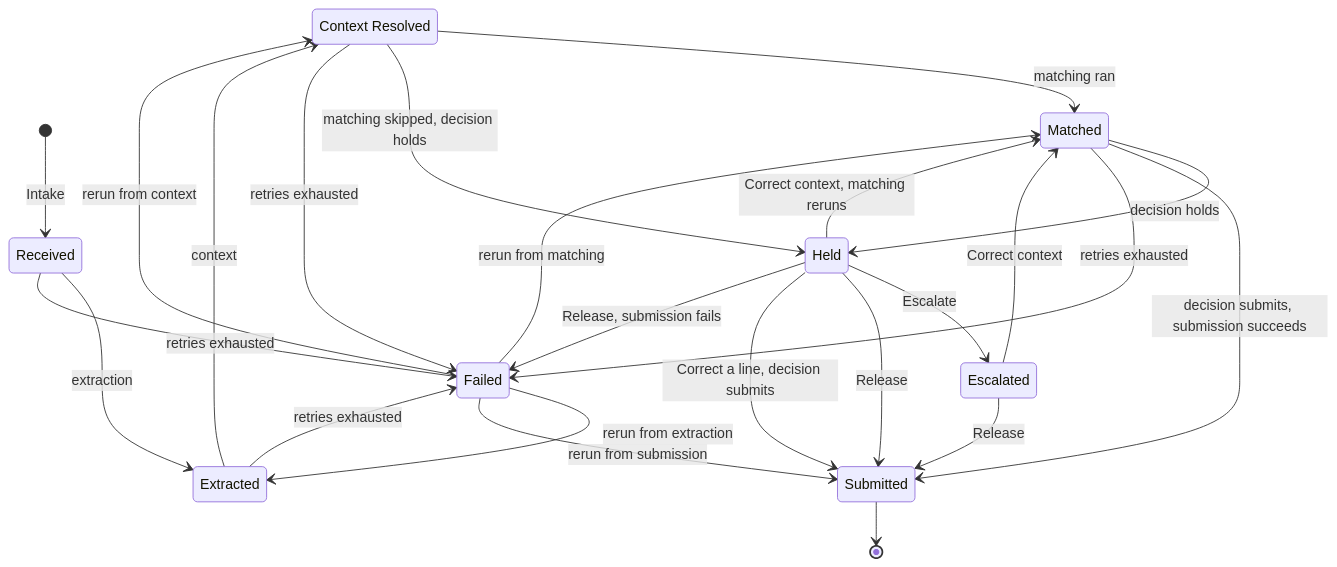
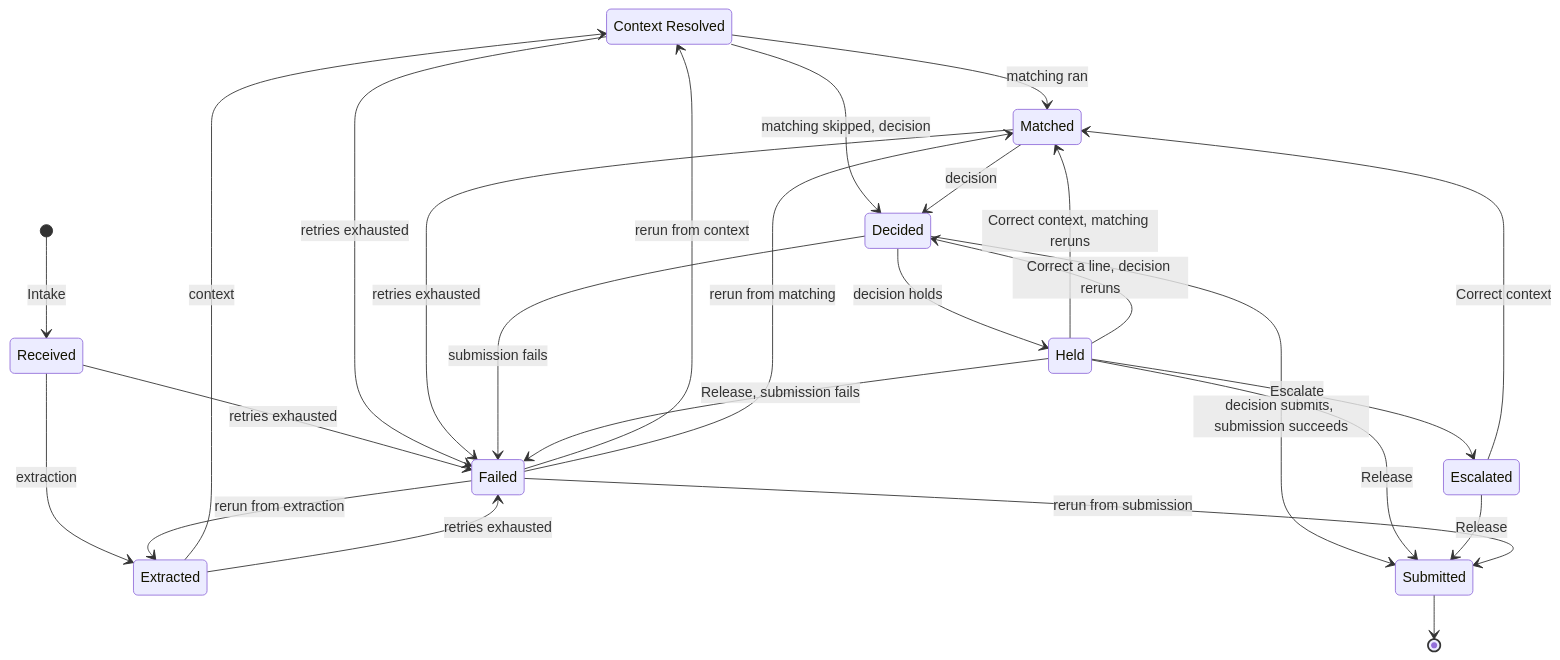
One commit to debudash/emailinvoice-assist changed the second of 6 diagrams in docs/architecture.md. Above: the diagram before and after it, drawn with Mermaid. The commit also changed other lines of this file and 8 other files, not shown here.

````diff
--- a/docs/architecture.md
+++ b/docs/architecture.md
@@ -91,27 +91,29 @@
 ```mermaid
 stateDiagram-v2
     state "Context Resolved" as ContextResolved
     [*] --> Received: Intake
     Received --> Extracted: extraction
     Extracted --> ContextResolved: context
     ContextResolved --> Matched: matching ran
-    ContextResolved --> Held: matching skipped, decision holds
-    Matched --> Held: decision holds
-    Matched --> Submitted: decision submits, submission succeeds
+    ContextResolved --> Decided: matching skipped, decision
+    Matched --> Decided: decision
+    Decided --> Held: decision holds
+    Decided --> Submitted: decision submits, submission succeeds
     Held --> Escalated: Escalate
     Held --> Submitted: Release
     Escalated --> Submitted: Release
     Held --> Matched: Correct context, matching reruns
     Escalated --> Matched: Correct context
-    Held --> Submitted: Correct a line, decision submits
+    Held --> Decided: Correct a line, decision reruns
     Received --> Failed: retries exhausted
     Extracted --> Failed: retries exhausted
     ContextResolved --> Failed: retries exhausted
     Matched --> Failed: retries exhausted
+    Decided --> Failed: submission fails
     Held --> Failed: Release, submission fails
     Failed --> Extracted: rerun from extraction
     Failed --> ContextResolved: rerun from context
     Failed --> Matched: rerun from matching
     Failed --> Submitted: rerun from submission
     Submitted --> [*]
 ```
````
